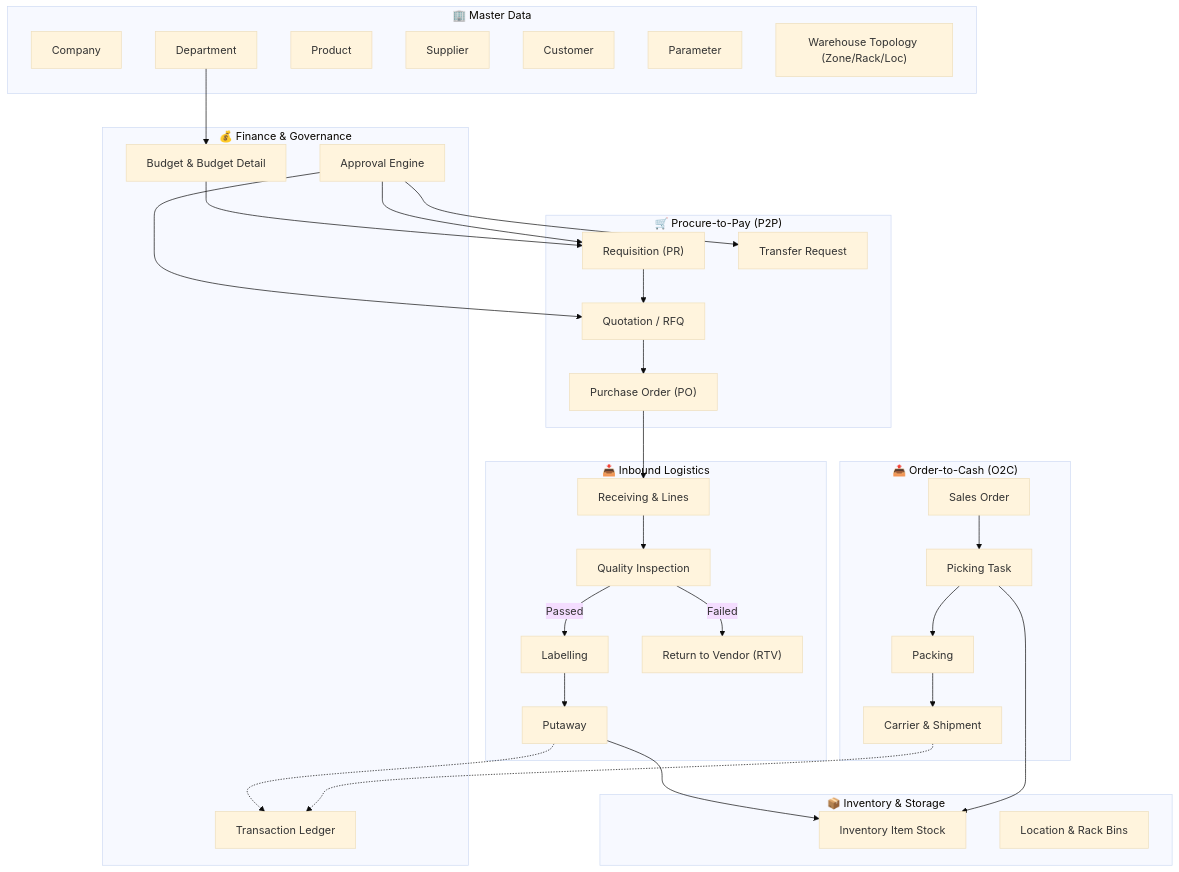
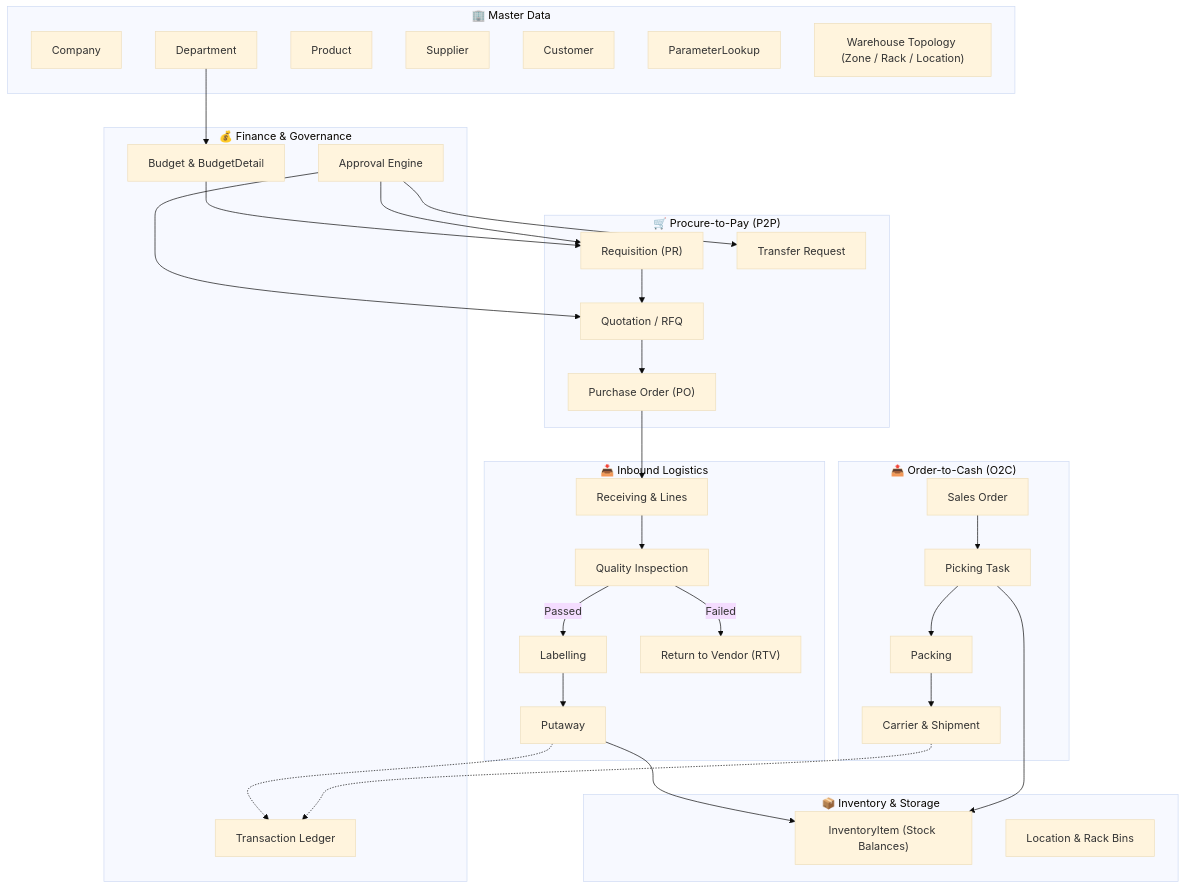
The first of 9 diagrams in docs/BUSINESS_PROCESS.md (putra4648/core-erp), drawn with Mermaid (base theme) before and after one commit. The commit also changed other lines of this file and 26 other files, not shown here.

````diff
--- a/docs/BUSINESS_PROCESS.md
+++ b/docs/BUSINESS_PROCESS.md
@@ -36,66 +36,66 @@
 ```mermaid
 graph TB
     subgraph MasterData ["🏢 Master Data"]
         MD_Comp["Company"]
         MD_Dept["Department"]
         MD_Prod["Product"]
         MD_Supp["Supplier"]
         MD_Cust["Customer"]
-        MD_Param["Parameter"]
-        MD_WH["Warehouse Topology (Zone/Rack/Loc)"]
+        MD_Param["ParameterLookup"]
+        MD_WH["Warehouse Topology (Zone / Rack / Location)"]
     end
 
     subgraph Finance ["💰 Finance & Governance"]
-        MOD_Budget["Budget & Budget Detail"]
+        MOD_Budget["Budget & BudgetDetail"]
         MOD_Appr["Approval Engine"]
         MOD_Txn["Transaction Ledger"]
     end
 
     subgraph Procurement ["🛒 Procure-to-Pay (P2P)"]
         PR_Req["Requisition (PR)"]
         PR_Quote["Quotation / RFQ"]
         PR_Transfer["Transfer Request"]
         PR_PO["Purchase Order (PO)"]
     end
 
     subgraph Inbound ["📥 Inbound Logistics"]
         IN_Recv["Receiving & Lines"]
         IN_QC["Quality Inspection"]
         IN_Label["Labelling"]
         IN_Putaway["Putaway"]
         IN_RTV["Return to Vendor (RTV)"]
     end
 
     subgraph Inventory ["📦 Inventory & Storage"]
-        INV_Item["Inventory Item Stock"]
+        INV_Item["InventoryItem (Stock Balances)"]
         INV_Loc["Location & Rack Bins"]
     end
 
     subgraph Outbound ["📤 Order-to-Cash (O2C)"]
         OUT_SO["Sales Order"]
         OUT_Pick["Picking Task"]
         OUT_Pack["Packing"]
         OUT_Ship["Carrier & Shipment"]
     end
 
     %% Dependencies
     MD_Dept --> MOD_Budget
     MOD_Budget --> PR_Req
     MOD_Appr --> PR_Req
     MOD_Appr --> PR_Quote
     MOD_Appr --> PR_Transfer
     PR_Req --> PR_Quote
     PR_Quote --> PR_PO
     PR_PO --> IN_Recv
     IN_Recv --> IN_QC
     IN_QC -->|Passed| IN_Label
     IN_QC -->|Failed| IN_RTV
     IN_Label --> IN_Putaway
     IN_Putaway --> INV_Item
     OUT_SO --> OUT_Pick
     OUT_Pick --> INV_Item
     OUT_Pick --> OUT_Pack
     OUT_Pack --> OUT_Ship
     IN_Putaway -.-> MOD_Txn
     OUT_Ship -.-> MOD_Txn
 ```
````
